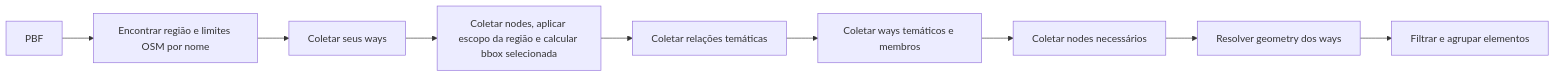
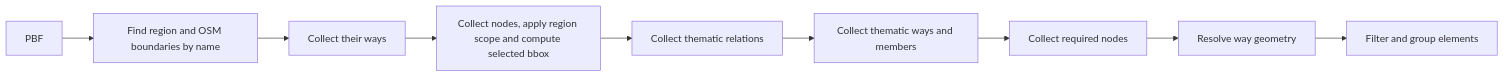
The second of 3 diagrams in .doc/OSM-IMPORT.md (urban-toolkit/autark), drawn with Mermaid before and after one commit. The commit also changed other lines of this file, not shown here.

Commit message:
docs(osm): translate the OSM import guide to English

````diff
--- a/.doc/OSM-IMPORT.md
+++ b/.doc/OSM-IMPORT.md
@@ -283,11 +283,11 @@
 ```mermaid
 flowchart LR
-    A[PBF] --> B[Encontrar região e limites OSM por nome]
-    B --> C[Coletar seus ways]
-    C --> D[Coletar nodes, aplicar escopo da região e calcular bbox selecionada]
-    D --> E[Coletar relações temáticas]
-    E --> F[Coletar ways temáticos e membros]
-    F --> G[Coletar nodes necessários]
-    G --> H[Resolver geometry dos ways]
-    H --> I[Filtrar e agrupar elementos]
+    A[PBF] --> B[Find region and OSM boundaries by name]
+    B --> C[Collect their ways]
+    C --> D[Collect nodes, apply region scope and compute selected bbox]
+    D --> E[Collect thematic relations]
+    E --> F[Collect thematic ways and members]
+    F --> G[Collect required nodes]
+    G --> H[Resolve way geometry]
+    H --> I[Filter and group elements]
 ```
````
